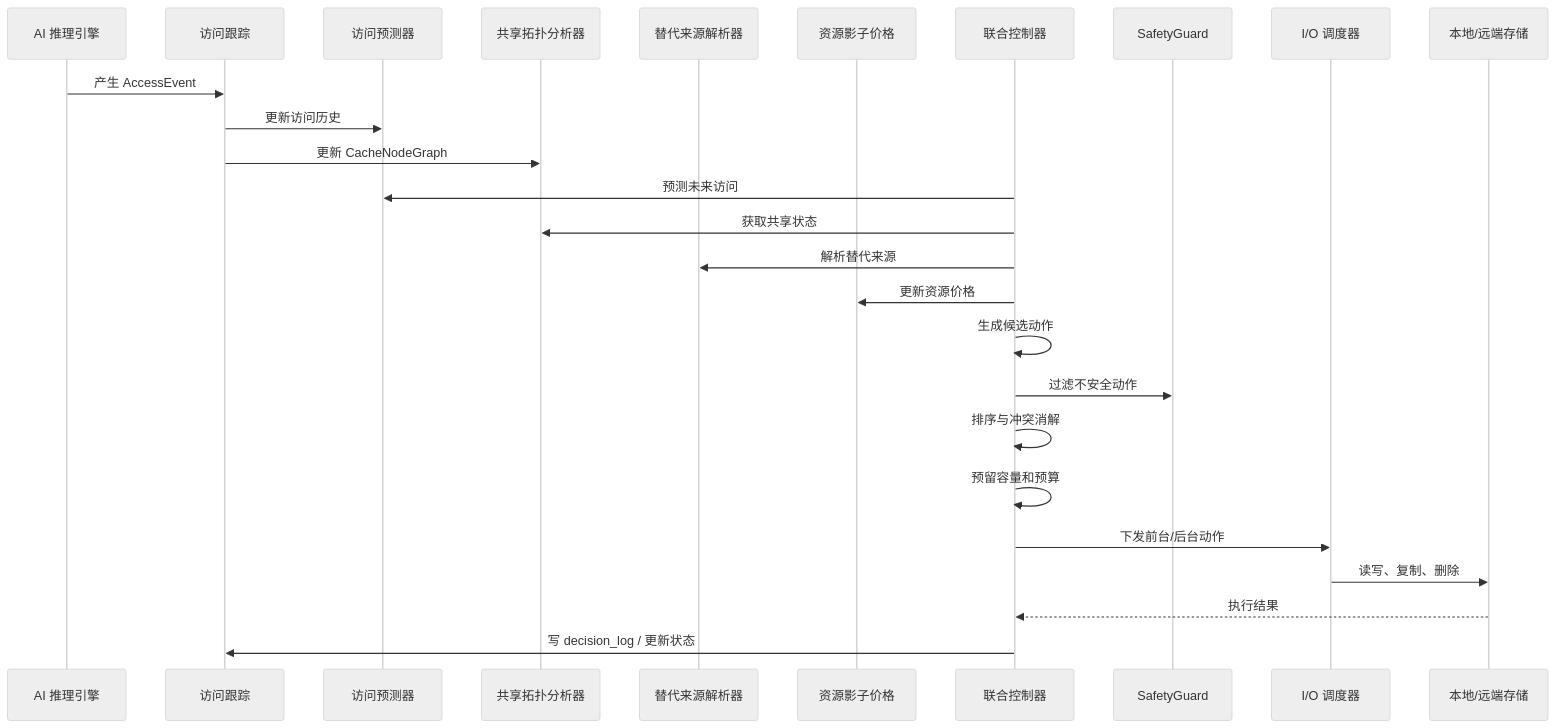
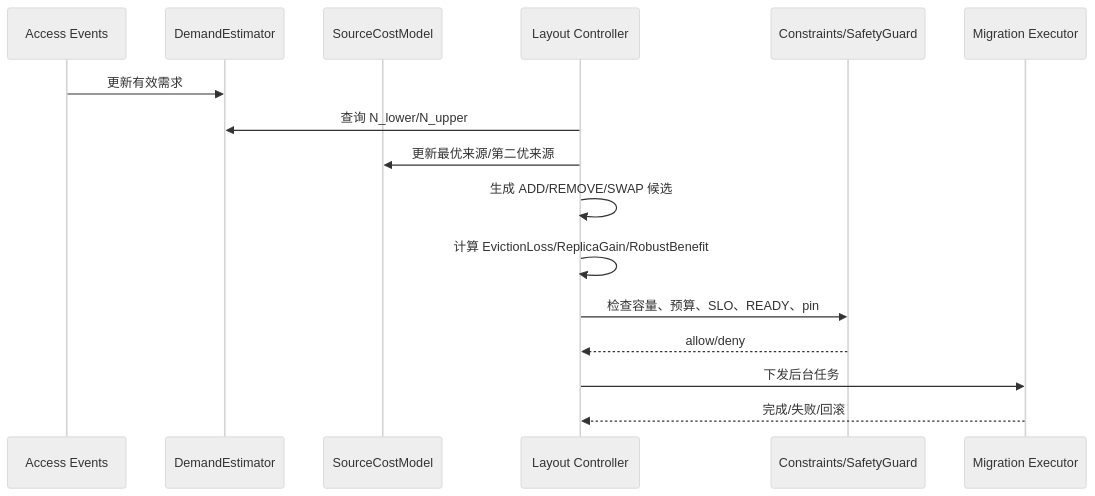
One commit to yxtmfz/tokenfs changed the diagram in docs/joint_optimization.md. Above: the diagram before and after it, drawn with Mermaid (neutral theme). The commit also changed other lines of this file and 29 other files, not shown here.

Commit message:
feat: replace AURA-KV scoring with cost model

````diff
--- a/docs/joint_optimization.md
+++ b/docs/joint_optimization.md
@@ -70,29 +9,18 @@
 ```mermaid
 sequenceDiagram
-    participant Engine as AI 推理引擎
-    participant Tracker as 访问跟踪
-    participant Predictor as 访问预测器
-    participant Graph as 共享拓扑分析器
-    participant Source as 替代来源解析器
-    participant Price as 资源影子价格
-    participant Controller as 联合控制器
-    participant Safety as SafetyGuard
-    participant IO as I/O 调度器
-    participant Store as 本地/远端存储
-
-    Engine->>Tracker: 产生 AccessEvent
-    Tracker->>Predictor: 更新访问历史
-    Tracker->>Graph: 更新 CacheNodeGraph
-    Controller->>Predictor: 预测未来访问
-    Controller->>Graph: 获取共享状态
-    Controller->>Source: 解析替代来源
-    Controller->>Price: 更新资源价格
-    Controller->>Controller: 生成候选动作
-    Controller->>Safety: 过滤不安全动作
-    Controller->>Controller: 排序与冲突消解
-    Controller->>Controller: 预留容量和预算
-    Controller->>IO: 下发前台/后台动作
-    IO->>Store: 读写、复制、删除
-    Store-->>Controller: 执行结果
-    Controller->>Tracker: 写 decision_log / 更新状态
+    participant Trace as Access Events
+    participant Demand as DemandEstimator
+    participant Cost as SourceCostModel
+    participant Ctrl as Layout Controller
+    participant Guard as Constraints/SafetyGuard
+    participant Exec as Migration Executor
+    Trace->>Demand: 更新有效需求
+    Ctrl->>Demand: 查询 N_lower/N_upper
+    Ctrl->>Cost: 更新最优来源/第二优来源
+    Ctrl->>Ctrl: 生成 ADD/REMOVE/SWAP 候选
+    Ctrl->>Ctrl: 计算 EvictionLoss/ReplicaGain/RobustBenefit
+    Ctrl->>Guard: 检查容量、预算、SLO、READY、pin
+    Guard-->>Ctrl: allow/deny
+    Ctrl->>Exec: 下发后台任务
+    Exec-->>Ctrl: 完成/失败/回滚
 ```
````
